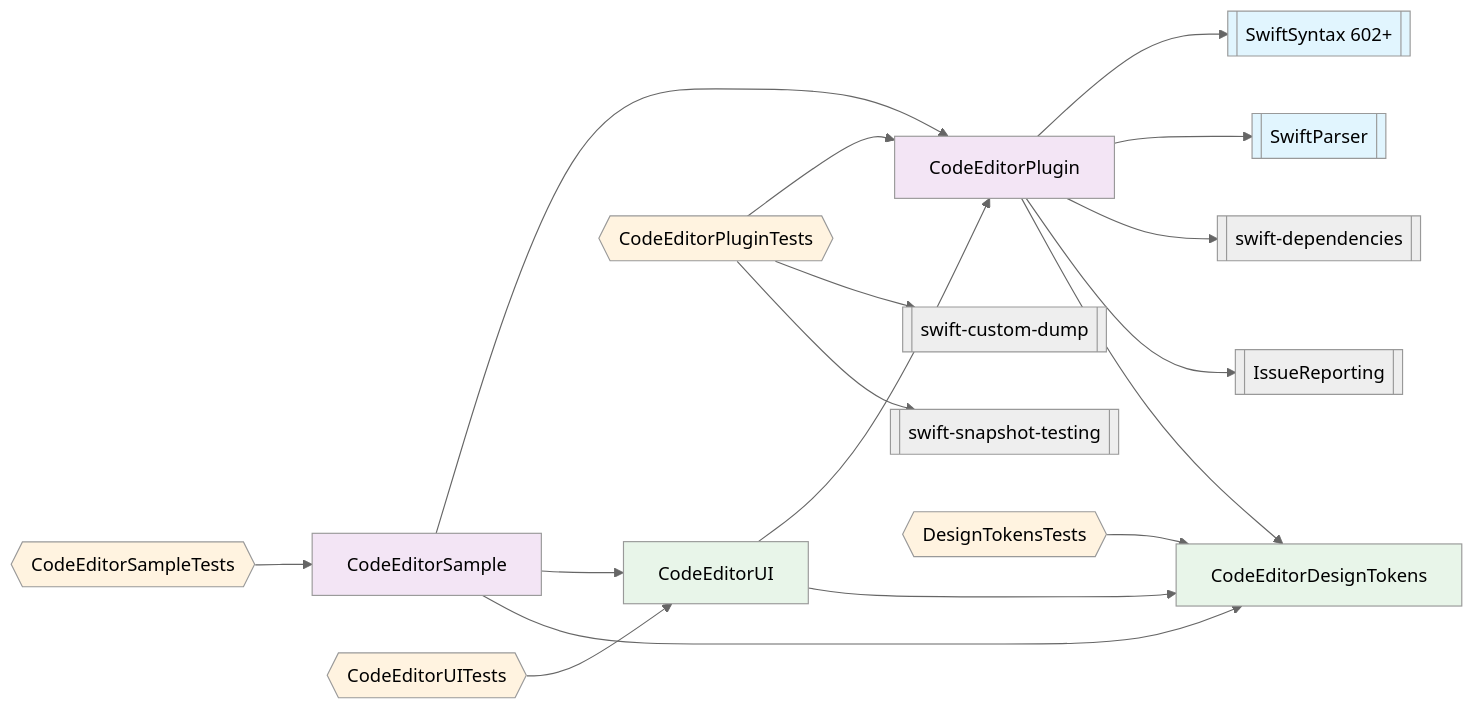
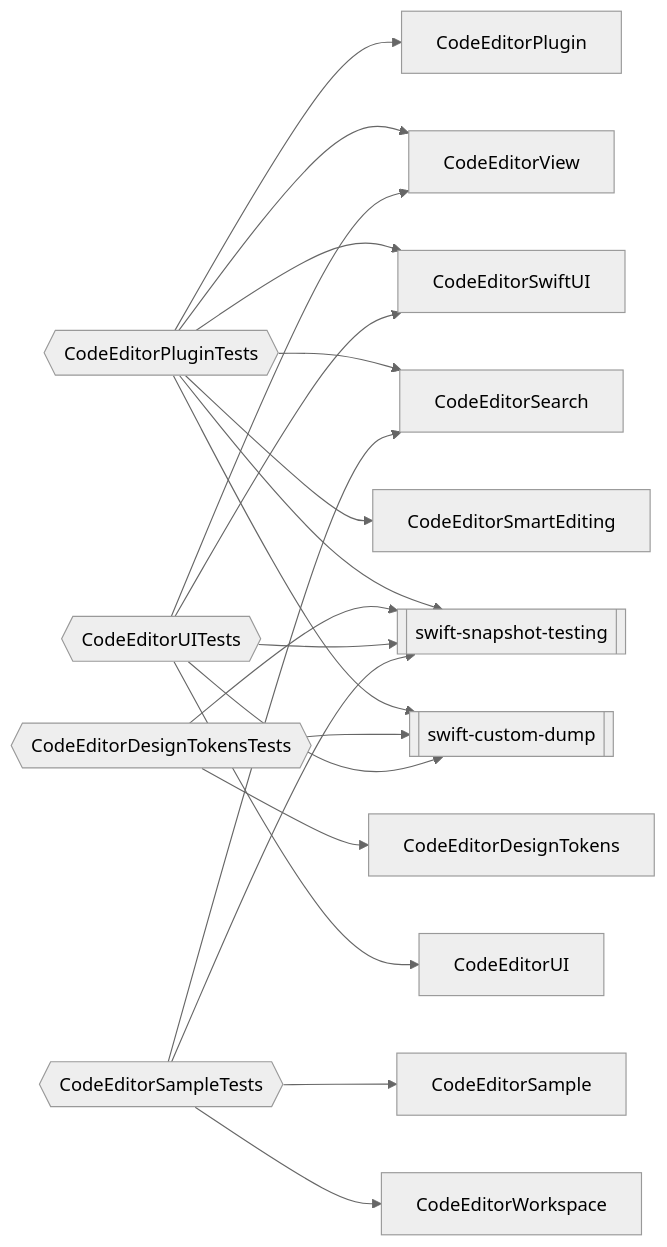
Before and after one commit to ajmcclary/CodeEditorKit: the third of 3 diagrams in docs/Diagrams/25-package-dependencies.md, drawn with Mermaid (neutral theme). The commit also changed other lines of this file and 26 other files, not shown here.

````diff
--- a/docs/Diagrams/25-package-dependencies.md
+++ b/docs/Diagrams/25-package-dependencies.md
@@ -47,30 +94,25 @@
 ```mermaid
 flowchart LR
-    CodeEditorPlugin-->SwiftSyntax[[SwiftSyntax 602+]]
-    CodeEditorPlugin-->SwiftParser[[SwiftParser]]
-    CodeEditorPlugin-->Dependencies[[swift-dependencies]]
-    CodeEditorPlugin-->IssueReporting[[IssueReporting]]
-    CodeEditorPlugin-->CodeEditorDesignTokens
-    CodeEditorUI-->CodeEditorPlugin
-    CodeEditorUI-->CodeEditorDesignTokens
-    CodeEditorSample-->CodeEditorPlugin
-    CodeEditorSample-->CodeEditorUI
-    CodeEditorSample-->CodeEditorDesignTokens
-    CodeEditorPluginTests{{CodeEditorPluginTests}}-->CodeEditorPlugin
-    CodeEditorPluginTests-->CustomDump[[swift-custom-dump]]
-    CodeEditorPluginTests-->SnapshotTesting[[swift-snapshot-testing]]
-    CodeEditorDesignTokensTests{{DesignTokensTests}}-->CodeEditorDesignTokens
-    CodeEditorUITests{{CodeEditorUITests}}-->CodeEditorUI
-    CodeEditorSampleTests{{CodeEditorSampleTests}}-->CodeEditorSample
+    PluginTests{{CodeEditorPluginTests}} --> Plugin["CodeEditorPlugin"]
+    PluginTests --> View["CodeEditorView"]
+    PluginTests --> SwiftUI["CodeEditorSwiftUI"]
+    PluginTests --> Search["CodeEditorSearch"]
+    PluginTests --> SmartEditing["CodeEditorSmartEditing"]
+    PluginTests --> SnapshotTesting[[swift-snapshot-testing]]
+    PluginTests --> CustomDump[[swift-custom-dump]]
 
-    style SwiftSyntax fill:#e1f5fe
-    style SwiftParser fill:#e1f5fe
-    style CodeEditorDesignTokens fill:#e8f5e9
-    style CodeEditorUI fill:#e8f5e9
-    style CodeEditorPlugin fill:#f3e5f5
-    style CodeEditorSample fill:#f3e5f5
-    style CodeEditorPluginTests fill:#fff3e0
-    style CodeEditorDesignTokensTests fill:#fff3e0
-    style CodeEditorUITests fill:#fff3e0
-    style CodeEditorSampleTests fill:#fff3e0
+    TokensTests{{CodeEditorDesignTokensTests}} --> Tokens["CodeEditorDesignTokens"]
+    TokensTests --> SnapshotTesting
+    TokensTests --> CustomDump
+
+    UITests{{CodeEditorUITests}} --> UI["CodeEditorUI"]
+    UITests --> SwiftUI
+    UITests --> View
+    UITests --> SnapshotTesting
+    UITests --> CustomDump
+
+    SampleTests{{CodeEditorSampleTests}} --> Sample["CodeEditorSample"]
+    SampleTests --> Search
+    SampleTests --> Workspace["CodeEditorWorkspace"]
+    SampleTests --> SnapshotTesting
 ```
````
